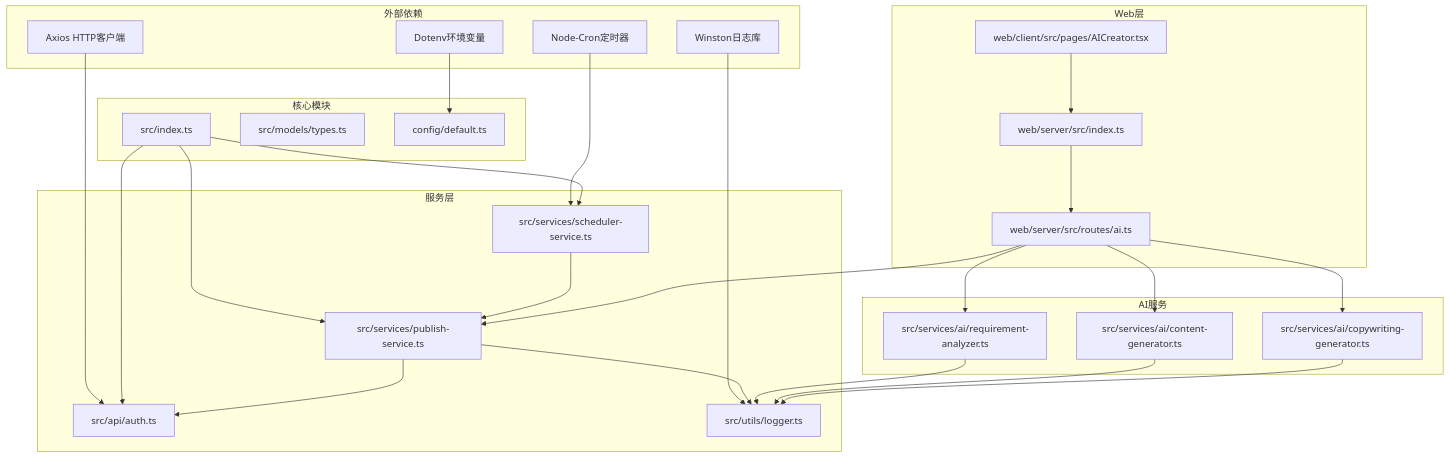
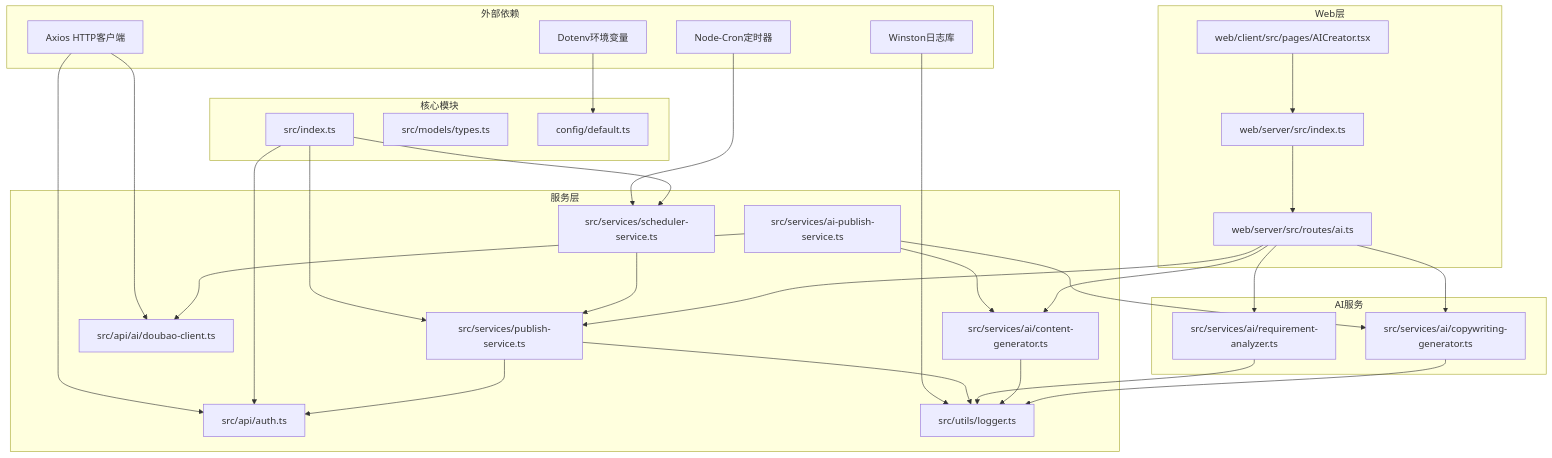
One commit to songdiyang/clawOperations changed the tenth of 10 diagrams in .qoder/repowiki/zh/content/核心模块详解/AI内容生成系统.md. Above: the diagram before and after it, drawn with Mermaid. The commit also changed other lines of this file and 5 other files, not shown here.

````diff
--- a/.qoder/repowiki/zh/content/核心模块详解/AI内容生成系统.md
+++ b/.qoder/repowiki/zh/content/核心模块详解/AI内容生成系统.md
@@ -393,49 +520,55 @@
 ```mermaid
 graph TB
 subgraph "外部依赖"
 Axios[Axios HTTP客户端]
 Winston[Winston日志库]
 NodeCron[Node-Cron定时器]
 Dotenv[Dotenv环境变量]
 end
 subgraph "核心模块"
 Index[src/index.ts]
 Types[src/models/types.ts]
 Config[config/default.ts]
 end
 subgraph "服务层"
 Auth[src/api/auth.ts]
 Publish[src/services/publish-service.ts]
 Scheduler[src/services/scheduler-service.ts]
 Logger[src/utils/logger.ts]
+AIPublish[src/services/ai-publish-service.ts]
+DoubaoClient[src/api/ai/doubao-client.ts]
+ContentGen[src/services/ai/content-generator.ts]
 end
 subgraph "AI服务"
 ReqAnalyzer[src/services/ai/requirement-analyzer.ts]
-ContentGen[src/services/ai/content-generator.ts]
 Copywriter[src/services/ai/copywriting-generator.ts]
 end
 subgraph "Web层"
 Server[web/server/src/index.ts]
 Routes[web/server/src/routes/ai.ts]
 Client[web/client/src/pages/AICreator.tsx]
 end
 Axios --> Auth
+Axios --> DoubaoClient
 Winston --> Logger
 NodeCron --> Scheduler
 Dotenv --> Config
 Index --> Auth
 Index --> Publish
 Index --> Scheduler
 Publish --> Auth
 Publish --> Logger
 Scheduler --> Publish
+AIPublish --> DoubaoClient
+AIPublish --> ContentGen
+AIPublish --> Copywriter
 ReqAnalyzer --> Logger
 ContentGen --> Logger
 Copywriter --> Logger
 Server --> Routes
 Routes --> ReqAnalyzer
 Routes --> ContentGen
 Routes --> Copywriter
 Routes --> Publish
 Client --> Server
 ```
````
